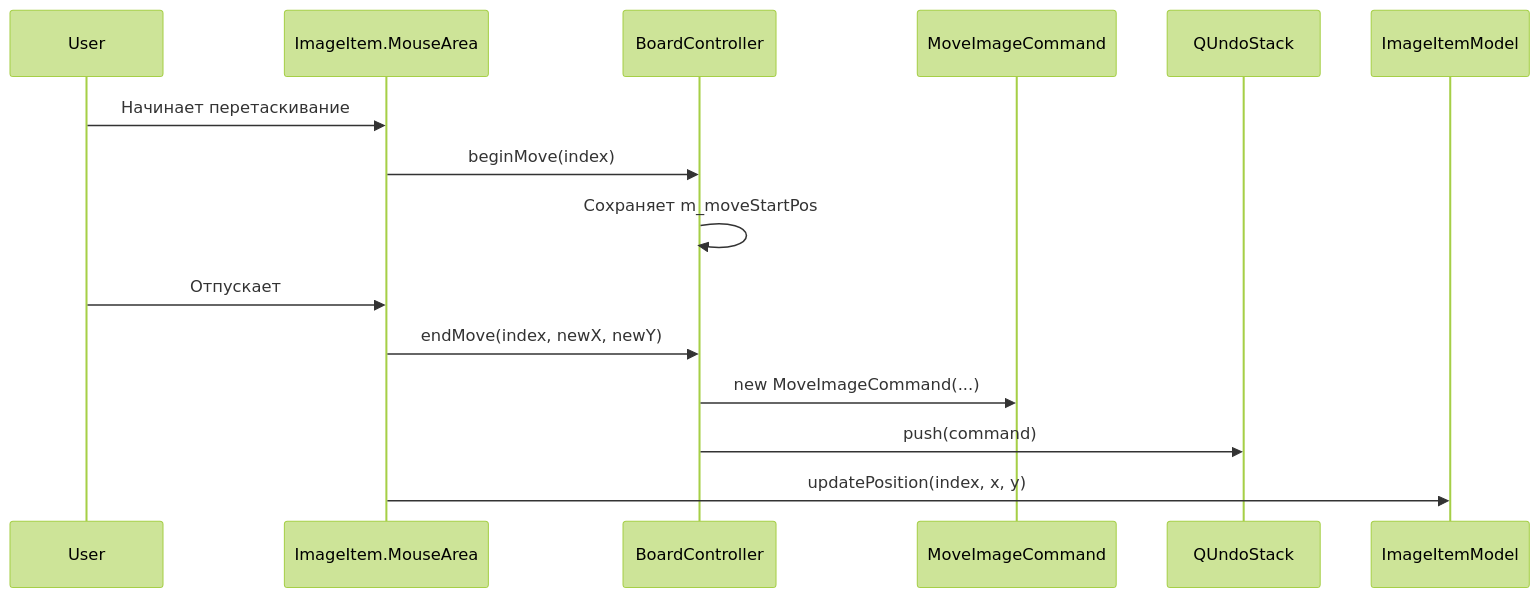
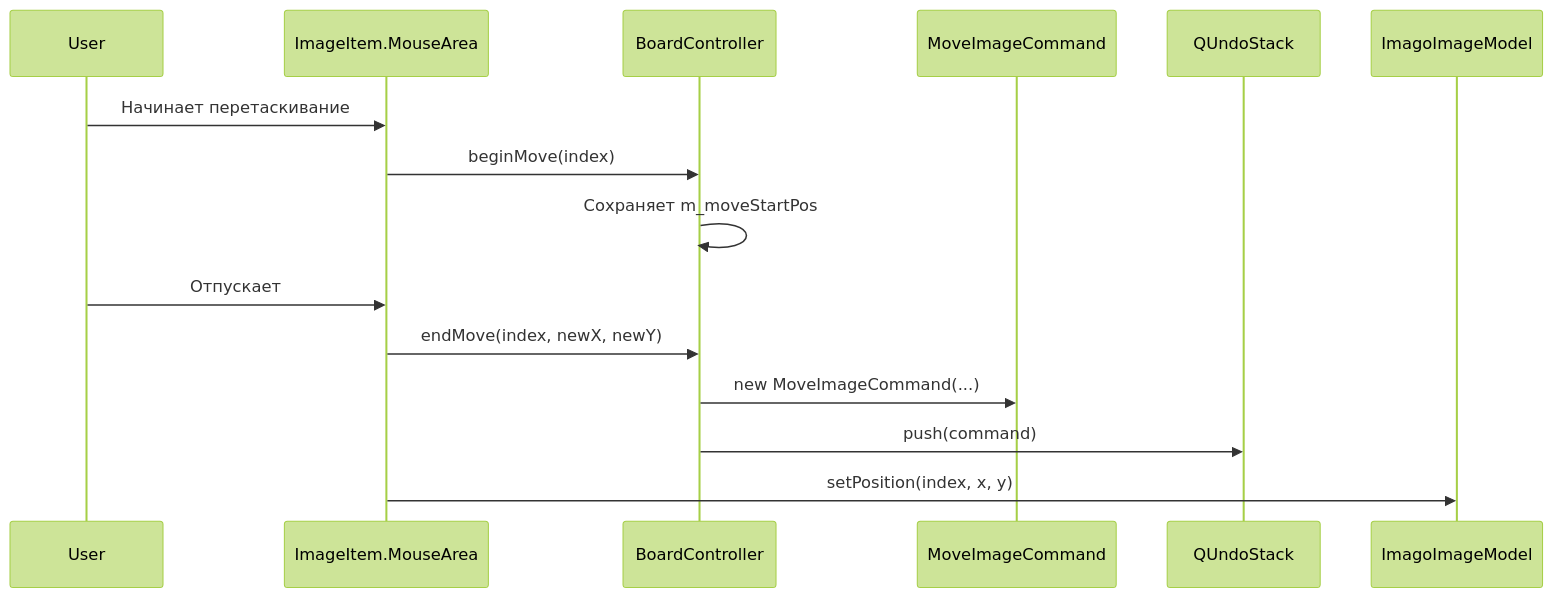
One commit to Hemaxa/ImagoRef changed the fifth of 5 diagrams in docs/spravka_po_kodu.md. Above: the diagram before and after it, drawn with Mermaid (forest theme). The commit also changed other lines of this file and 21 other files, not shown here.

````diff
--- a/docs/spravka_po_kodu.md
+++ b/docs/spravka_po_kodu.md
@@ -562,16 +562,16 @@
 ```mermaid
 sequenceDiagram
     participant User
     participant ImageItem.MouseArea
     participant BoardController
     participant MoveImageCommand
 
     User->>ImageItem.MouseArea: Начинает перетаскивание
     ImageItem.MouseArea->>BoardController: beginMove(index)
     BoardController->>BoardController: Сохраняет m_moveStartPos
     User->>ImageItem.MouseArea: Отпускает
     ImageItem.MouseArea->>BoardController: endMove(index, newX, newY)
     BoardController->>MoveImageCommand: new MoveImageCommand(...)
     BoardController->>QUndoStack: push(command)
-    ImageItem.MouseArea->>ImageItemModel: updatePosition(index, x, y)
+    ImageItem.MouseArea->>ImagoImageModel: setPosition(index, x, y)
 ```
````
